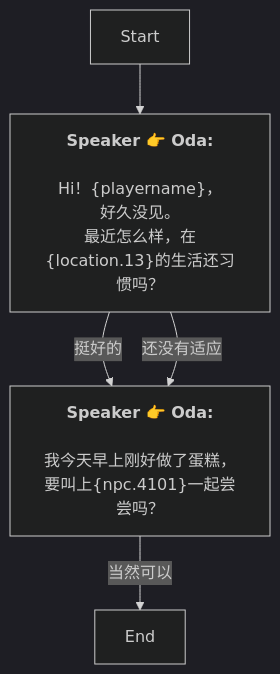
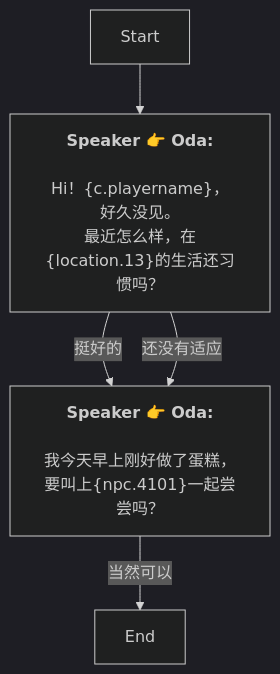
The diagram in Zh/QuestStartTalkENode_1754297752607235.md (SoftHu/tos_avg), drawn with Mermaid (dark theme) before and after one commit. The commit also changed 410 other files, not shown here.

````diff
--- a/Zh/QuestStartTalkENode_1754297752607235.md
+++ b/Zh/QuestStartTalkENode_1754297752607235.md
@@ -1,15 +1,15 @@
 ```mermaid
 graph
 Start -->1754297898306054[<b>Speaker 👉 Oda:</b>
-\nHi！&lbrace;playername&rbrace;，
+\nHi！&lbrace;c.playername&rbrace;，
 好久没见。
 最近怎么样，在&lbrace;location.13&rbrace;的生活还习惯吗？]
 1754297898306054 -->|挺好的|1754298284307980[<b>Speaker 👉 Oda:</b>
 \n我今天早上刚好做了蛋糕，
 要叫上&lbrace;npc.4101&rbrace;一起尝尝吗？]
 1754297898306054 -->|还没有适应|1754298284307980[<b>Speaker 👉 Oda:</b>
 \n我今天早上刚好做了蛋糕，
 要叫上&lbrace;npc.4101&rbrace;一起尝尝吗？]
 1754298284307980 -->|当然可以|1754298319793680[End]
 
 ```
````
